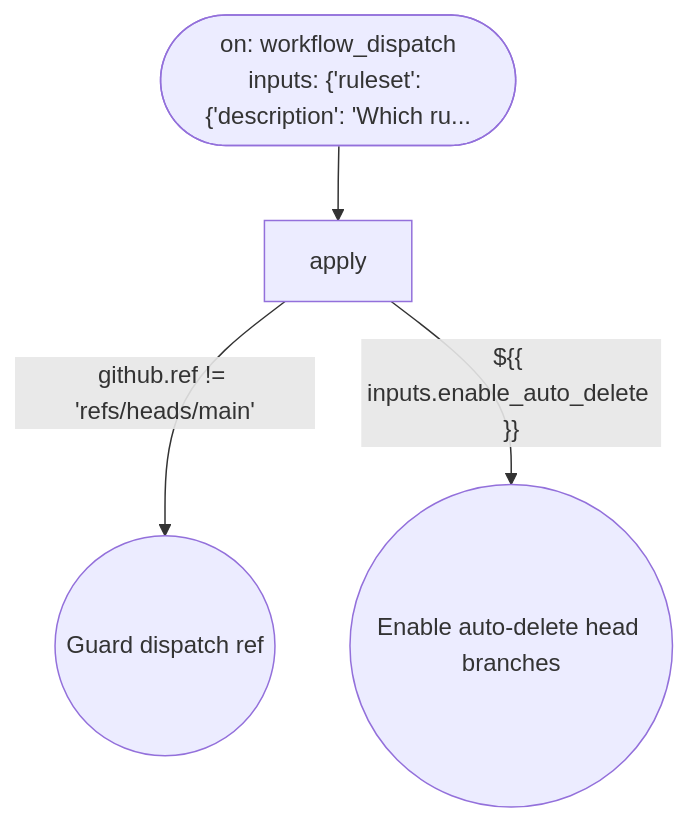
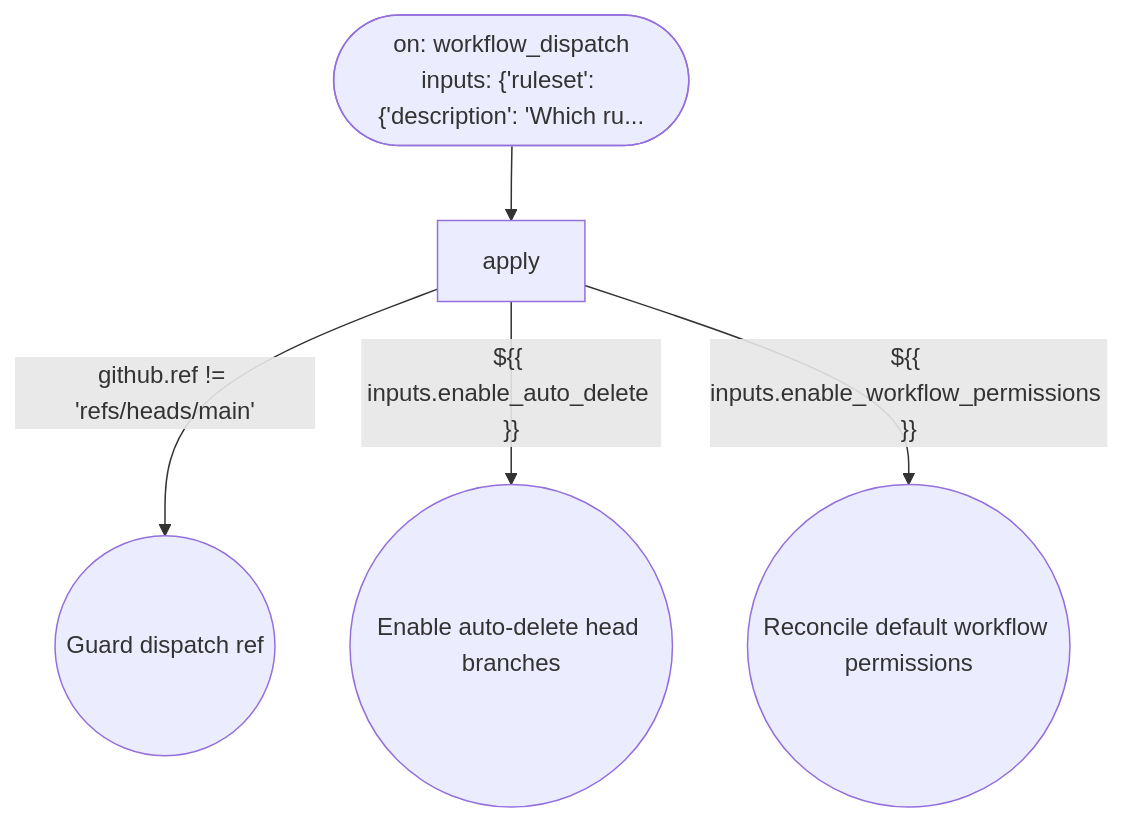
One commit to tvna/claude-md changed the diagram in docs/generated/workflows/apply-rulesets-if-branches.md. Above: the diagram before and after it, drawn with Mermaid. The commit also changed 14 other files, not shown here.

First line of the commit message:
feat(workflow-permissions): manage Actions default workflow permissions declaratively (#1488)

````diff
--- a/docs/generated/workflows/apply-rulesets-if-branches.md
+++ b/docs/generated/workflows/apply-rulesets-if-branches.md
@@ -5,13 +5,15 @@
 ```mermaid
 flowchart TD
 
     T_workflow_dispatch(["on: workflow_dispatch\ninputs: {'ruleset': {'description': 'Which ru..."])
 
     J_apply["apply"]
     S_J_apply_0(("Guard dispatch ref"))
     S_J_apply_1(("Enable auto-delete head branches"))
+    S_J_apply_2(("Reconcile default workflow permissions"))
 
     T_workflow_dispatch --> J_apply
     J_apply -->|"github.ref != 'refs/heads/main'"| S_J_apply_0
     J_apply -->|"${{ inputs.enable_auto_delete }}"| S_J_apply_1
+    J_apply -->|"${{ inputs.enable_workflow_permissions }}"| S_J_apply_2
 ```
````
